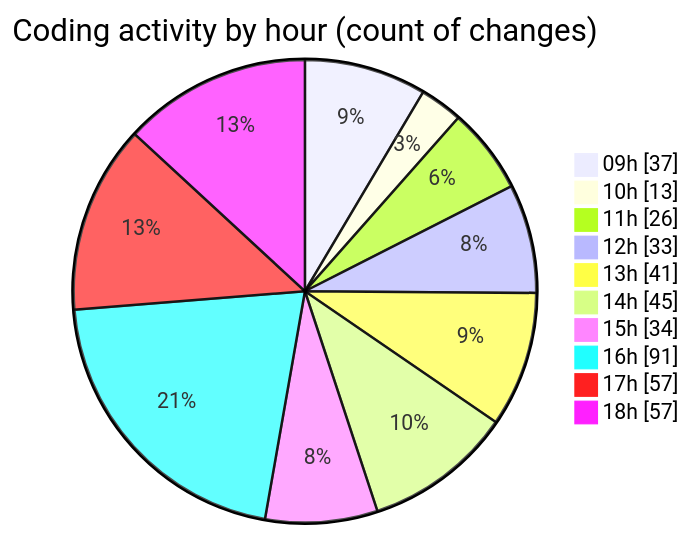
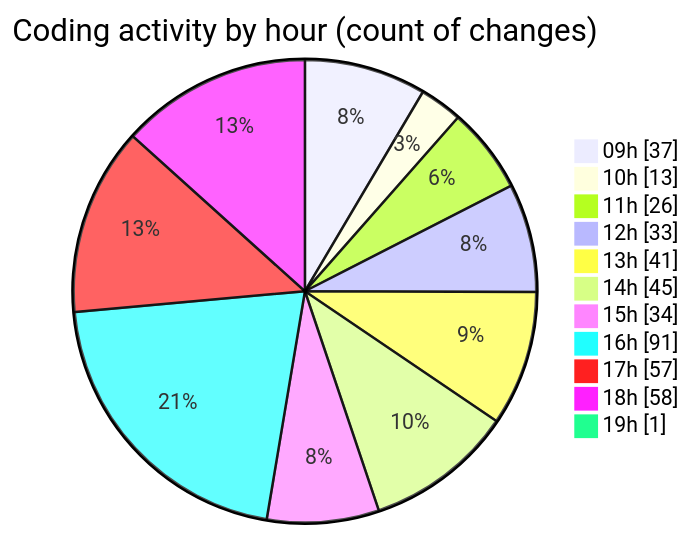
One commit to momahboobian/code-tracking changed the second of 2 diagrams in 2026-04-23/cda/README.md. Above: the diagram before and after it, drawn with Mermaid. The commit also changed other lines of this file and 1 other file, not shown here.

````diff
--- a/2026-04-23/cda/README.md
+++ b/2026-04-23/cda/README.md
@@ -57,14 +57,15 @@
 ```mermaid
 pie showData
 title Coding activity by hour (count of changes)
 "09h" : 37
 "10h" : 13
 "11h" : 26
 "12h" : 33
 "13h" : 41
 "14h" : 45
 "15h" : 34
 "16h" : 91
 "17h" : 57
-"18h" : 57
+"18h" : 58
+"19h" : 1
 ```
````
